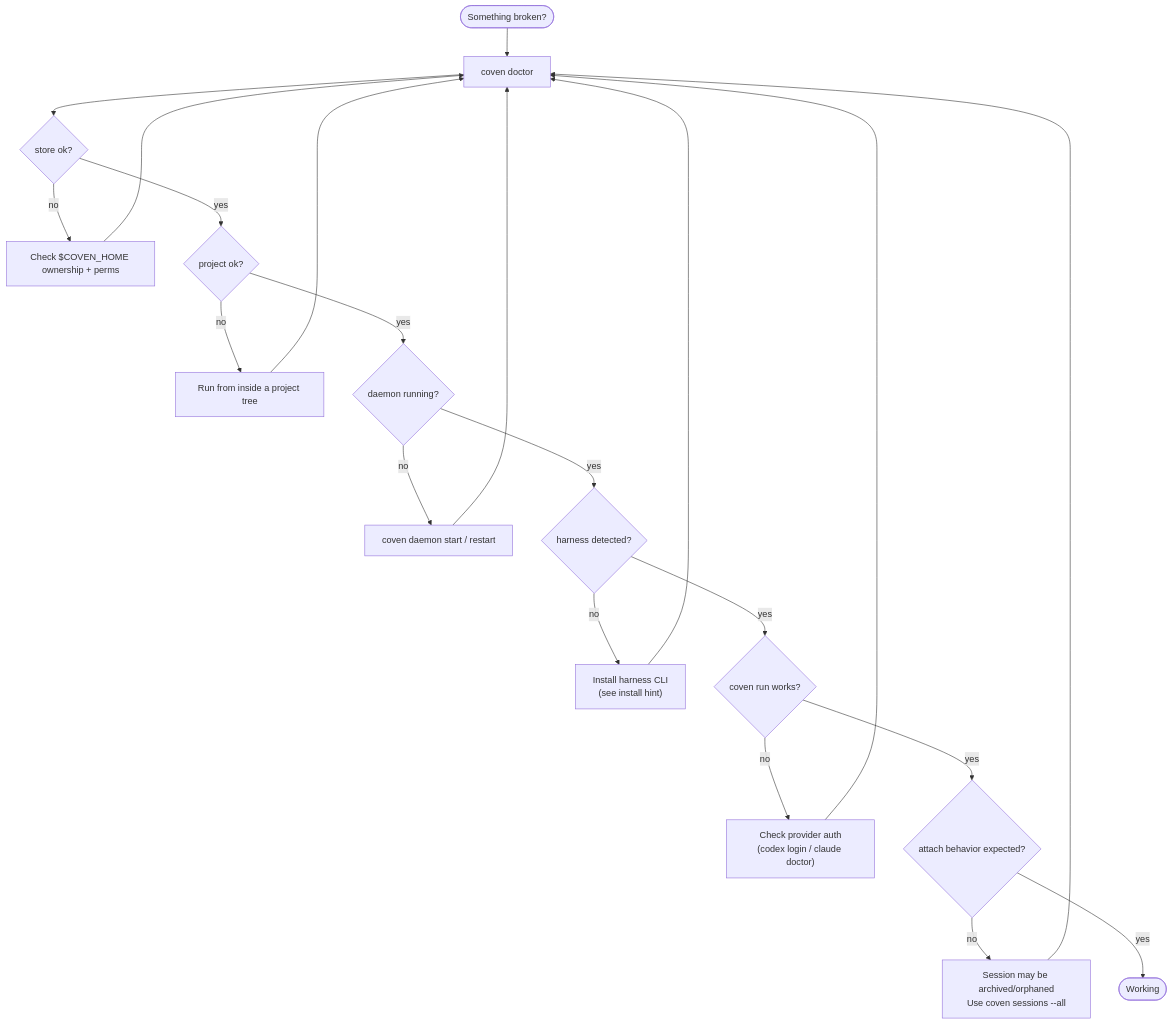
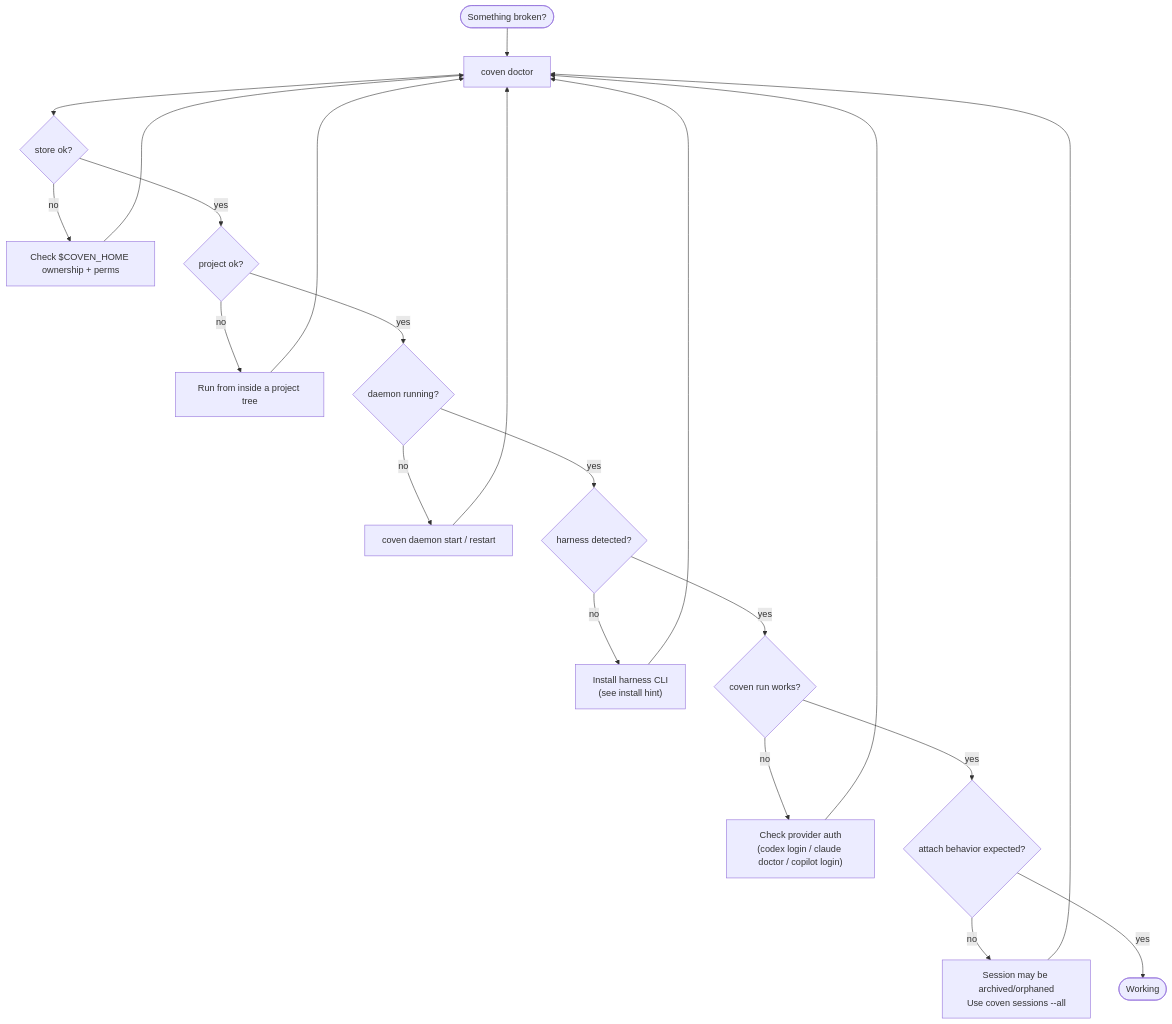
One commit to Uberration/MeatyCoven changed the diagram in docs/TROUBLESHOOTING.md. Above: the diagram before and after it, drawn with Mermaid. The commit also changed 17 other files, not shown here.

````diff
--- a/docs/TROUBLESHOOTING.md
+++ b/docs/TROUBLESHOOTING.md
@@ -20,24 +20,24 @@
 ```mermaid
 flowchart TD
   Start([Something broken?]) --> Doctor["coven doctor"]
   Doctor --> Store{store ok?}
   Store -- no --> CovenHome["Check $COVEN_HOME ownership + perms"]
   Store -- yes --> Project{project ok?}
   Project -- no --> ProjectFix["Run from inside a project tree"]
   Project -- yes --> DaemonChk{daemon running?}
   DaemonChk -- no --> StartDaemon["coven daemon start / restart"]
   DaemonChk -- yes --> Harness{harness detected?}
   Harness -- no --> InstallHarness["Install harness CLI\n(see install hint)"]
   Harness -- yes --> RunChk{coven run works?}
-  RunChk -- no --> RunFix["Check provider auth\n(codex login / claude doctor)"]
+  RunChk -- no --> RunFix["Check provider auth\n(codex login / claude doctor / copilot login)"]
   RunChk -- yes --> AttachChk{attach behavior expected?}
   AttachChk -- no --> AttachFix["Session may be archived/orphaned\nUse coven sessions --all"]
   AttachChk -- yes --> Done([Working])
 
   CovenHome --> Doctor
   ProjectFix --> Doctor
   StartDaemon --> Doctor
   InstallHarness --> Doctor
   RunFix --> Doctor
   AttachFix --> Doctor
 ```
````
